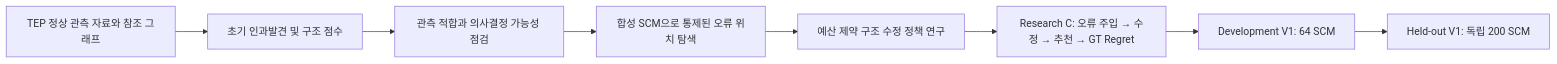
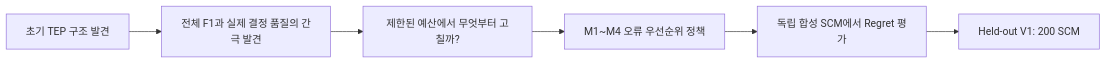
One commit to 5castlemin/tep-causal-decision-reliability changed the diagram in RESEARCH_JOURNEY_AND_TEAM_HANDOFF.md. Above: the diagram before and after it, drawn with Mermaid. The commit also changed other lines of this file, not shown here.

Commit message:
docs: focus team onboarding on budget-constrained Research C decision regret

````diff
--- a/RESEARCH_JOURNEY_AND_TEAM_HANDOFF.md
+++ b/RESEARCH_JOURNEY_AND_TEAM_HANDOFF.md
@@ -19,10 +21,8 @@
 ```mermaid
 flowchart LR
-  T[TEP 정상 관측 자료와 참조 그래프] --> D[초기 인과발견 및 구조 점수]
-  D --> Q[관측 적합과 의사결정 가능성 점검]
-  Q --> S[합성 SCM으로 통제된 오류 위치 탐색]
-  S --> R[예산 제약 구조 수정 정책 연구]
-  R --> C[Research C: 오류 주입 → 수정 → 추천 → GT Regret]
-  C --> DEV[Development V1: 64 SCM]
-  DEV --> HO[Held-out V1: 독립 200 SCM]
+  P[초기 TEP 구조 발견] --> L[전체 F1과 실제 결정 품질의 간극 발견]
+  L --> Q[제한된 예산에서 무엇부터 고칠까?]
+  Q --> M[M1~M4 오류 우선순위 정책]
+  M --> D[독립 합성 SCM에서 Regret 평가]
+  D --> H[Held-out V1: 200 SCM]
 ```
````
